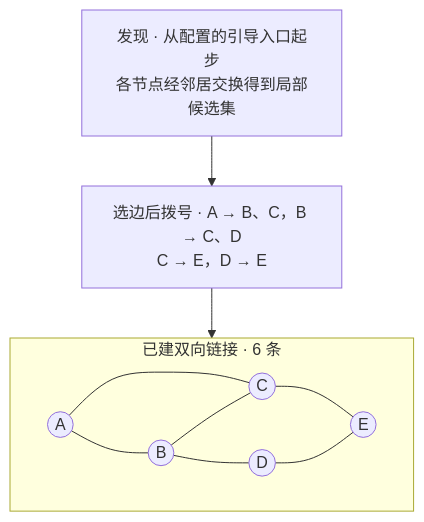
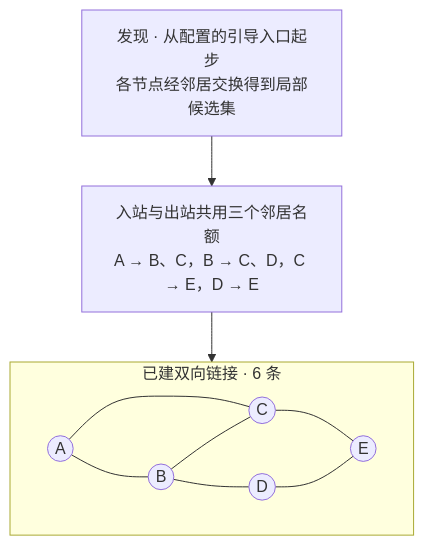
The seventh of 9 diagrams in docs/research/network-groups.md (arcships/rutis-network), drawn with Mermaid before and after one commit. The commit also changed other lines of this file and 1 other file, not shown here.

Commit message:
docs(research): clarify mesh dial ownership and neighbor limits

````diff
--- a/docs/research/network-groups.md
+++ b/docs/research/network-groups.md
@@ -191,14 +195,14 @@
 ```mermaid
 flowchart TB
-    source["发现 · 从配置的引导入口起步<br/>各节点经邻居交换得到局部候选集"] --> dial["选边后拨号 · A → B、C，B → C、D<br/>C → E，D → E"]
+    source["发现 · 从配置的引导入口起步<br/>各节点经邻居交换得到局部候选集"] --> dial["入站与出站共用三个邻居名额<br/>A → B、C，B → C、D，C → E，D → E"]
     dial --> links
     subgraph links["已建双向链接 · 6 条"]
         direction LR
         A((A)) --- B((B))
         A --- C((C))
         B --- C
         B --- D((D))
         C --- E((E))
         D --- E
     end
 ```
````
